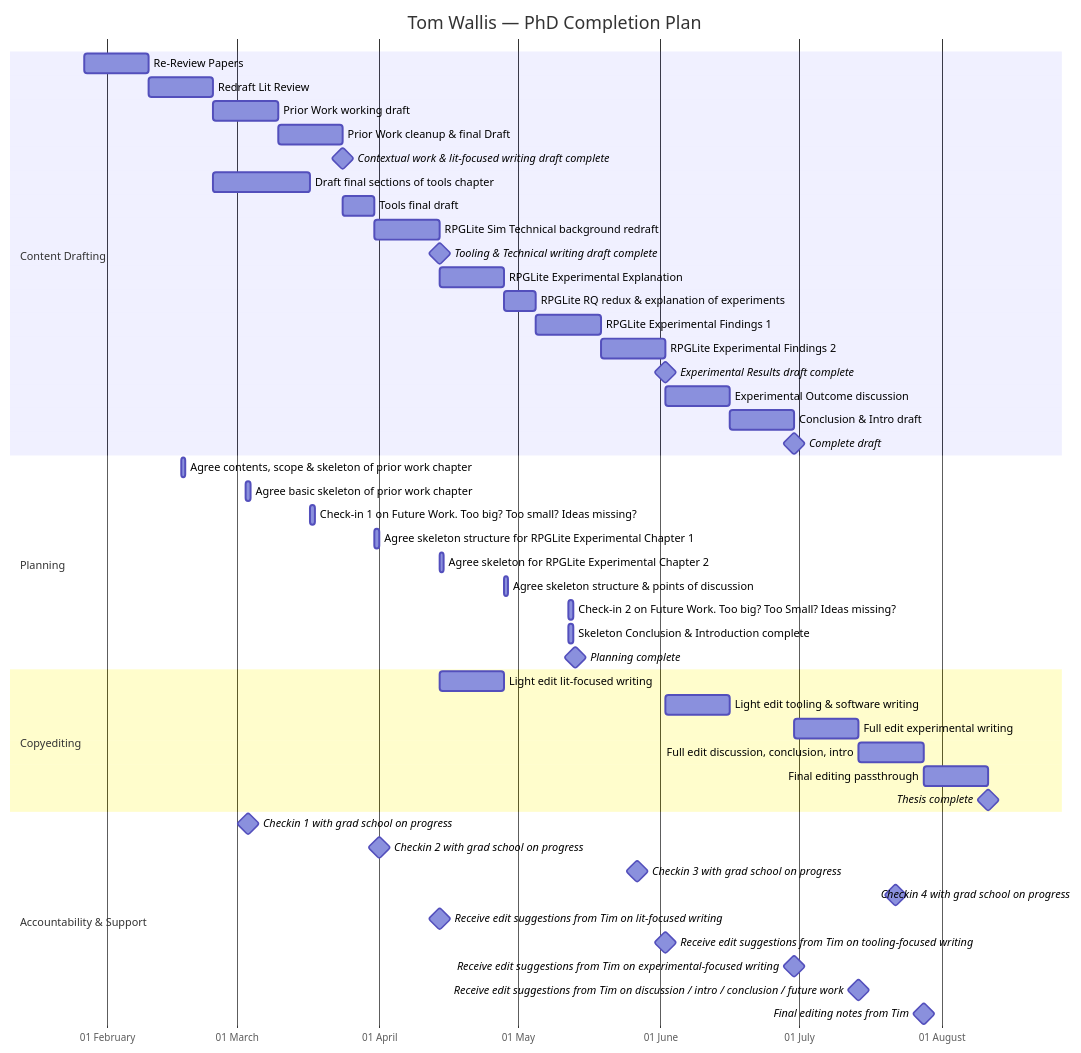
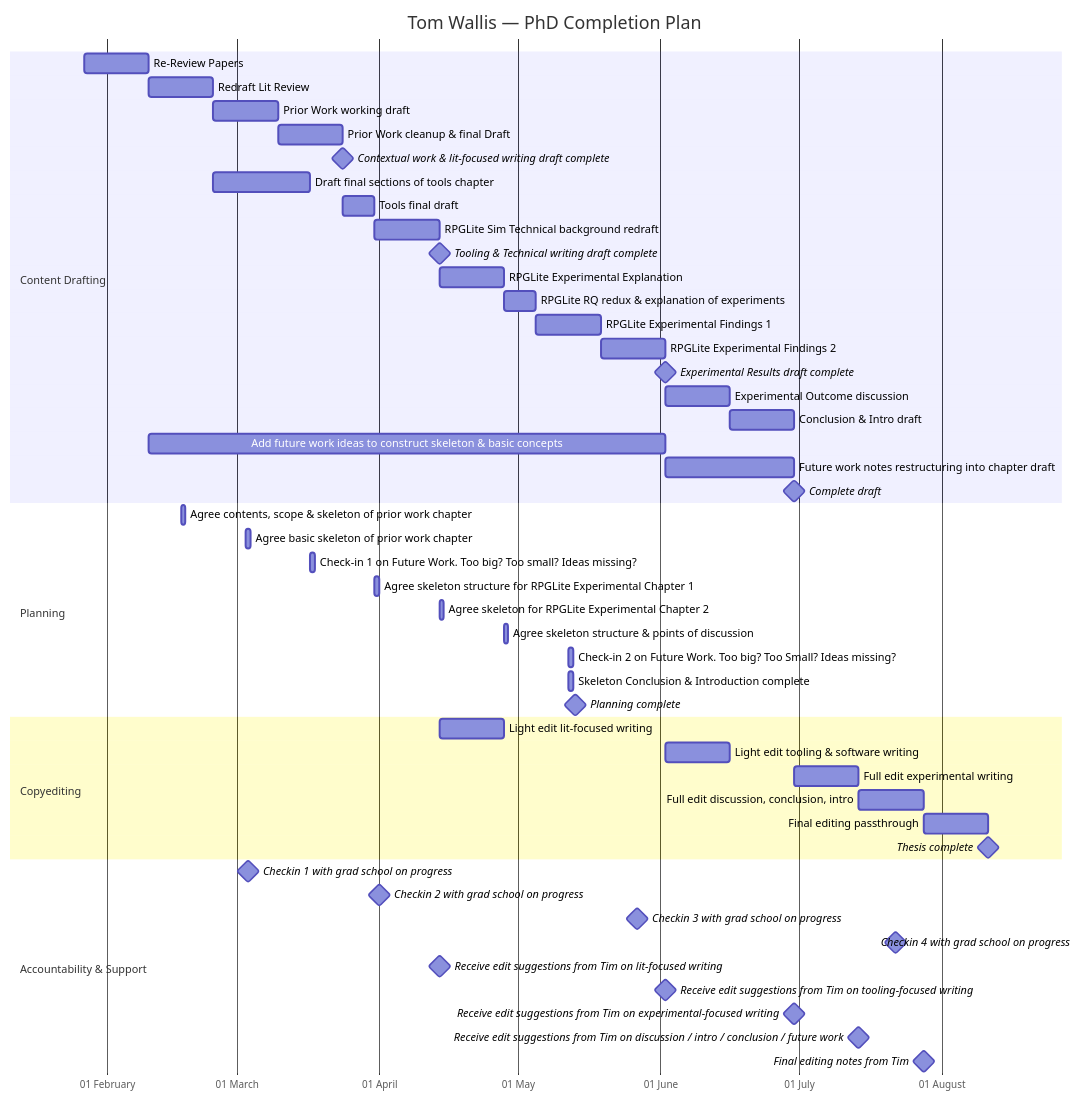
One commit to probablytom/Thesis changed the diagram in README.md. Above: the diagram before and after it, drawn with Mermaid.

Commit message:
Add future work timeline to gantt chart

````diff
--- a/README.md
+++ b/README.md
@@ -5,61 +5,66 @@
 ```mermaid
 gantt
     title Tom Wallis — PhD Completion Plan
     dateFormat  MM-DD
     axisFormat %d %B
     todayMarker on
     tickInterval 1month
     
     
     section Content Drafting
     Re-Review Papers           :w1, 01-27, 14d
     Redraft Lit Review     : litReviewFinalDraft, after w1 , 14d
     Prior Work working draft : priorWorkStart, after litReviewFinalDraft, 14d
     Prior Work cleanup & final Draft :priorFinish , after priorWorkStart, 14d 
     Contextual work & lit-focused writing draft complete : milestone, after priorFinish
     
+    
     Draft final sections of tools chapter      : toolsStart, after litReviewFinalDraft, 21d
     Tools final draft      :toolsFinish, after priorFinish, 7d
     RPGLite Sim Technical background redraft :rpgLiteTechnicalNotes, after toolsFinish, 14d
     Tooling & Technical writing draft complete : milestone, after rpgLiteTechnicalNotes
 
     RPGLite Experimental Explanation :rpgLiteDiscussion1, after rpgLiteTechnicalNotes, 14d
     RPGLite RQ redux & explanation of experiments :rpgLiteDiscussion2, after rpgLiteDiscussion1, 7d
     RPGLite Experimental Findings 1 :rpgLiteExp2, after rpgLiteDiscussion2, 14d
     RPGLite Experimental Findings 2 :rpgLiteExp3, after rpgLiteExp2, 14d
     Experimental Results draft complete : milestone, after rpgLiteExp3
 
     Experimental Outcome discussion :discussion, after rpgLiteExp3, 14d
     Conclusion & Intro draft :concAndIntro, after discussion, 14d
+
+    Add future work ideas to construct skeleton & basic concepts :futureWorkScratching, after w1, 112d
+    Future work notes restructuring into chapter draft :after futureWorkScratching, 28d
+
     Complete draft : milestone, after concAndIntro
     
     section Planning
     Agree contents, scope & skeleton of prior work chapter :p1, 02-17, 1d
     Agree basic skeleton of prior work chapter :03-03, 1d
     Check-in 1 on Future Work. Too big? Too small? Ideas missing? :03-17, 1d
     Agree skeleton structure for RPGLite Experimental Chapter 1 :03-31, 1d
     Agree skeleton for RPGLite Experimental Chapter 2 :04-14, 1d
     Agree skeleton structure & points of discussion :04-28, 1d
     Check-in 2 on Future Work. Too big? Too Small? Ideas missing? : 05-12, 1d
     Skeleton Conclusion & Introduction complete :pn, 05-12, 1d
     Planning complete : milestone, after pn, 1d
 
     section Copyediting
     Light edit lit-focused writing : copyEditLit, after rpgLiteTechnicalNotes, 14d
     Light edit tooling & software writing : copyEditTooling, after rpgLiteExp3, 14d
     Full edit experimental writing : copyEditExperimentalWriting, after concAndIntro, 14d
     Full edit discussion, conclusion, intro : copyEditBookends, after copyEditExperimentalWriting, 14d
     Final editing passthrough : copyEditingFinal, after copyEditBookends, 14d
     Thesis complete : milestone, after copyEditingFinal
 
     section Accountability & Support
     Checkin 1 with grad school on progress : milestone, a1, 03-03, 1d
     Checkin 2 with grad school on progress : milestone, a2, after a1, 8w
     Checkin 3 with grad school on progress : milestone, a3, after a2, 8w
     Checkin 4 with grad school on progress : milestone, a4, after a3, 8w
     Receive edit suggestions from Tim on lit-focused writing : milestone, after rpgLiteTechnicalNotes,
     Receive edit suggestions from Tim on tooling-focused writing : milestone, after rpgLiteExp3,
     Receive edit suggestions from Tim on experimental-focused writing : milestone, after concAndIntro,
     Receive edit suggestions from Tim on discussion / intro / conclusion / future work : milestone, after copyEditExperimentalWriting,
     Final editing notes from Tim : milestone, after copyEditBookends, 
 ```
````
